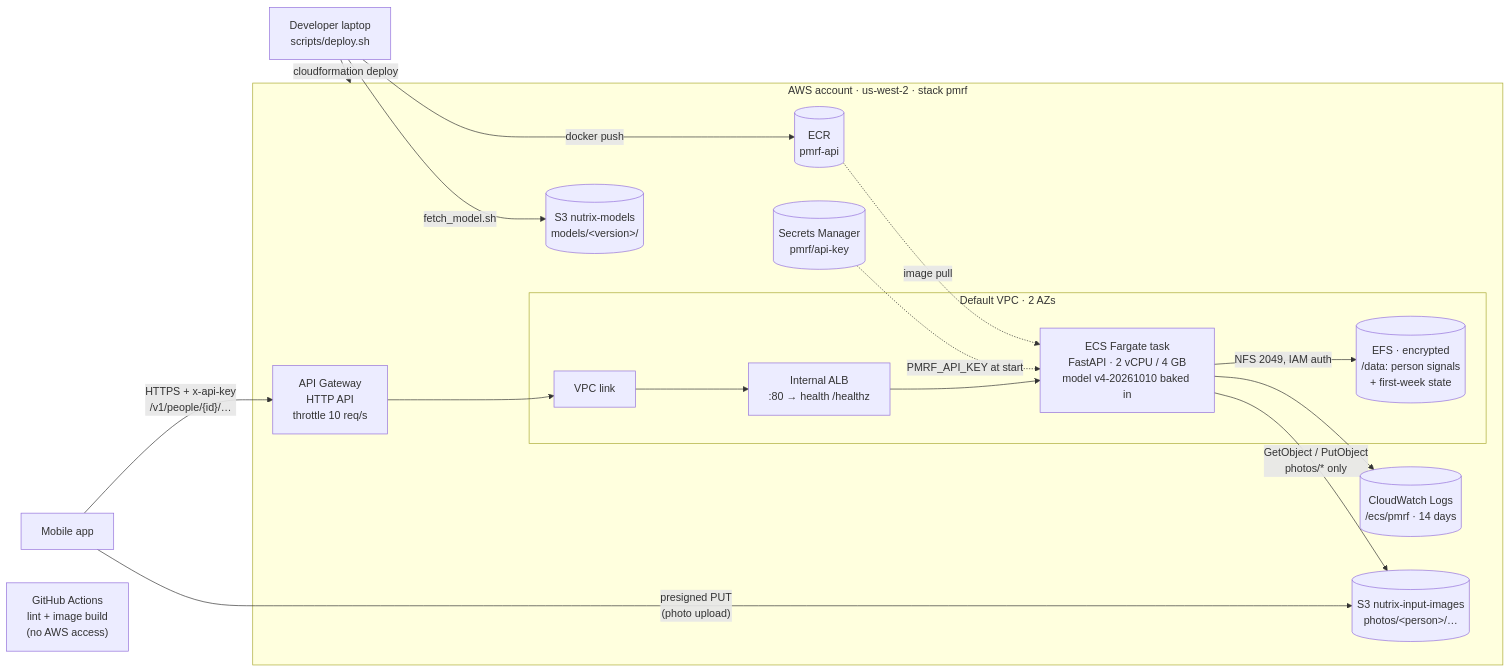
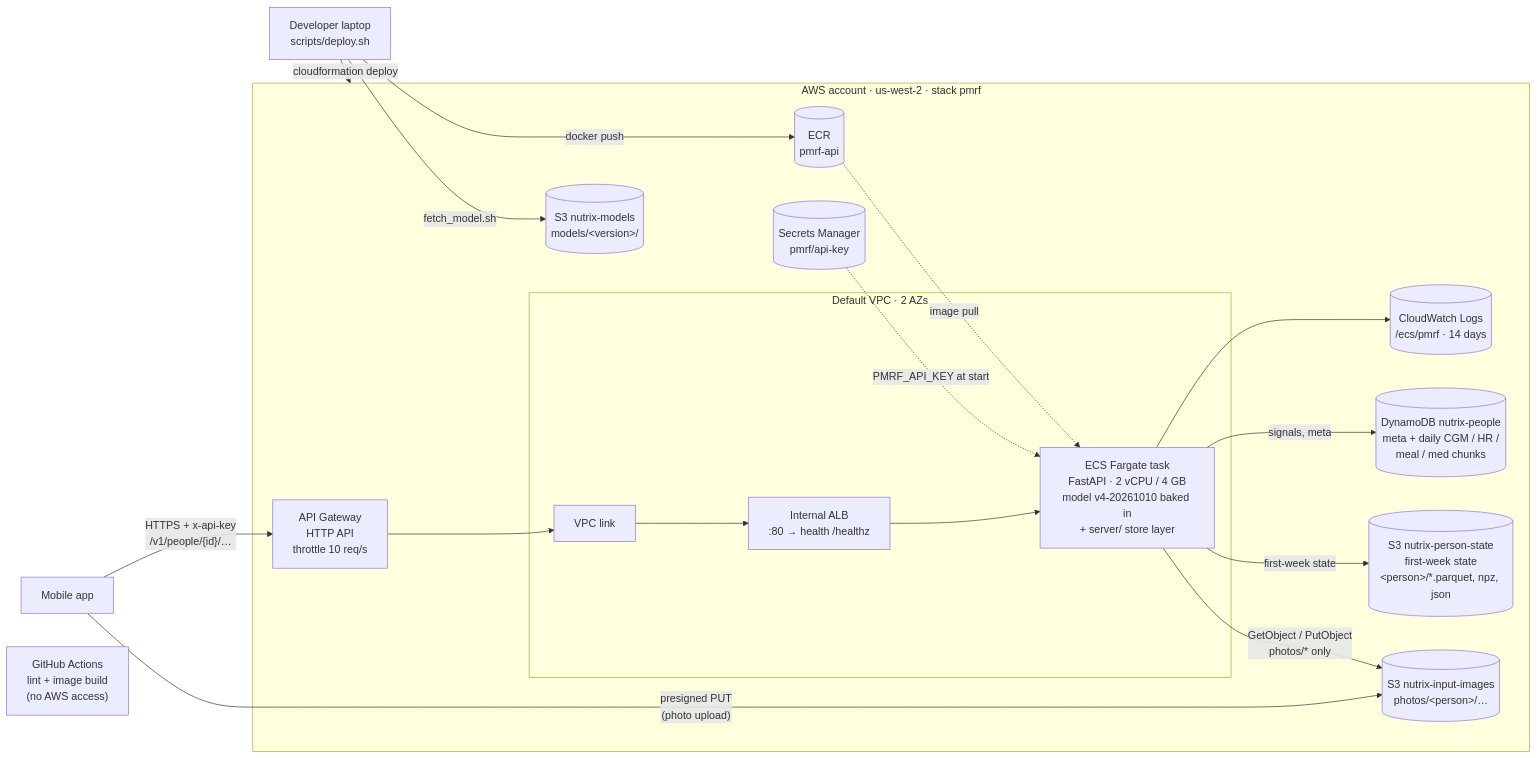
The diagram in README.md (doublehan2023/Nutrix), drawn with Mermaid before and after one commit. The commit also changed other lines of this file and 7 other files, not shown here.

First line of the commit message:
Document the DynamoDB + S3 architecture and reset test users

````diff
--- a/README.md
+++ b/README.md
@@ -10,35 +10,37 @@
 ```mermaid
 flowchart LR
     app["Mobile app"]
     dev["Developer laptop<br/>scripts/deploy.sh"]
     gh["GitHub Actions<br/>lint + image build<br/>(no AWS access)"]
 
     subgraph aws["AWS account · us-west-2 · stack pmrf"]
         apigw["API Gateway<br/>HTTP API<br/>throttle 10 req/s"]
         secret[("Secrets Manager<br/>pmrf/api-key")]
         ecr[("ECR<br/>pmrf-api")]
         logs[("CloudWatch Logs<br/>/ecs/pmrf · 14 days")]
 
         subgraph vpc["Default VPC · 2 AZs"]
             link["VPC link"]
             alb["Internal ALB<br/>:80 → health /healthz"]
-            task["ECS Fargate task<br/>FastAPI · 2 vCPU / 4 GB<br/>model v4-20261010 baked in"]
-            efs[("EFS · encrypted<br/>/data: person signals<br/>+ first-week state")]
+            task["ECS Fargate task<br/>FastAPI · 2 vCPU / 4 GB<br/>model v4-20261010 baked in<br/>+ server/ store layer"]
         end
 
+        ddb[("DynamoDB nutrix-people<br/>meta + daily CGM / HR /<br/>meal / med chunks")]
+        state[("S3 nutrix-person-state<br/>first-week state<br/>&lt;person&gt;/*.parquet, npz, json")]
         photos[("S3 nutrix-input-images<br/>photos/&lt;person&gt;/…")]
         models[("S3 nutrix-models<br/>models/&lt;version&gt;/")]
     end
 
     app -- "HTTPS + x-api-key<br/>/v1/people/{id}/…" --> apigw
     app -- "presigned PUT<br/>(photo upload)" --> photos
     apigw --> link --> alb --> task
-    task -- "NFS 2049, IAM auth" --> efs
+    task -- "signals, meta" --> ddb
+    task -- "first-week state" --> state
     task -- "GetObject / PutObject<br/>photos/* only" --> photos
     task --> logs
     secret -. "PMRF_API_KEY at start" .-> task
     ecr -. "image pull" .-> task
     dev -- "docker push" --> ecr
     dev -- "fetch_model.sh" --> models
     dev -- "cloudformation deploy" --> aws
 ```
````
